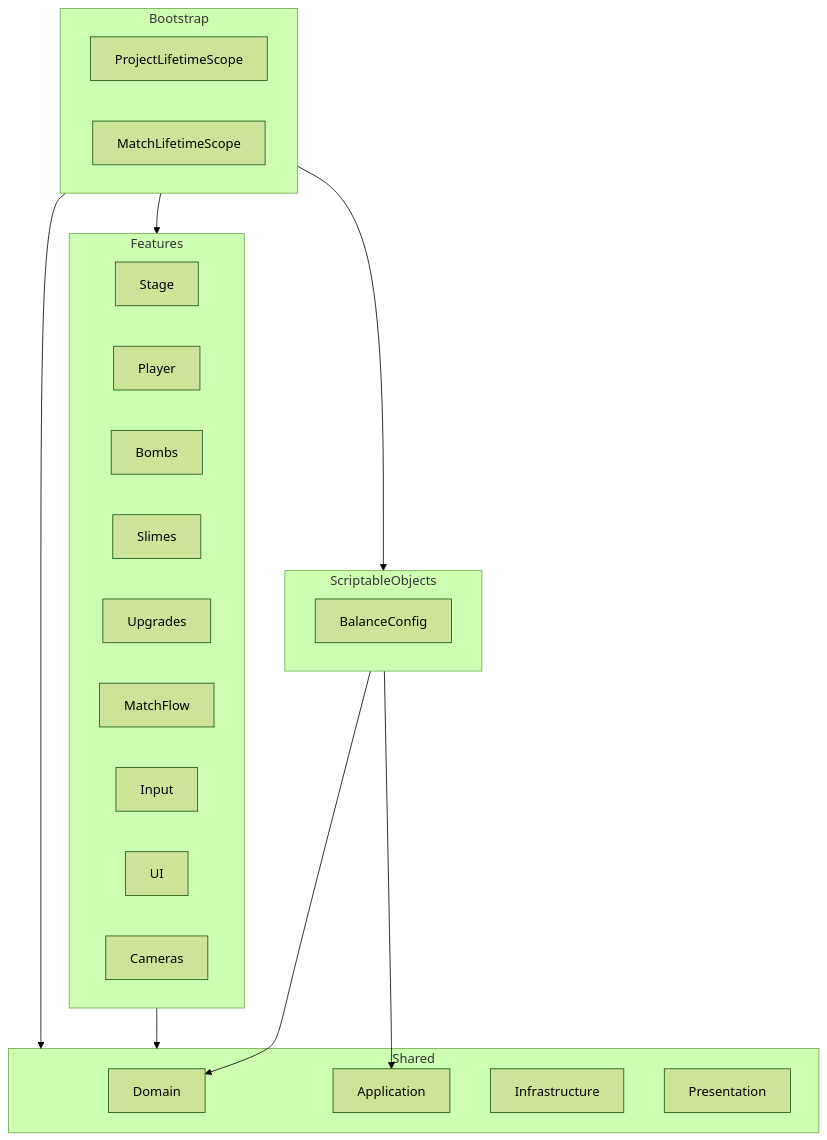
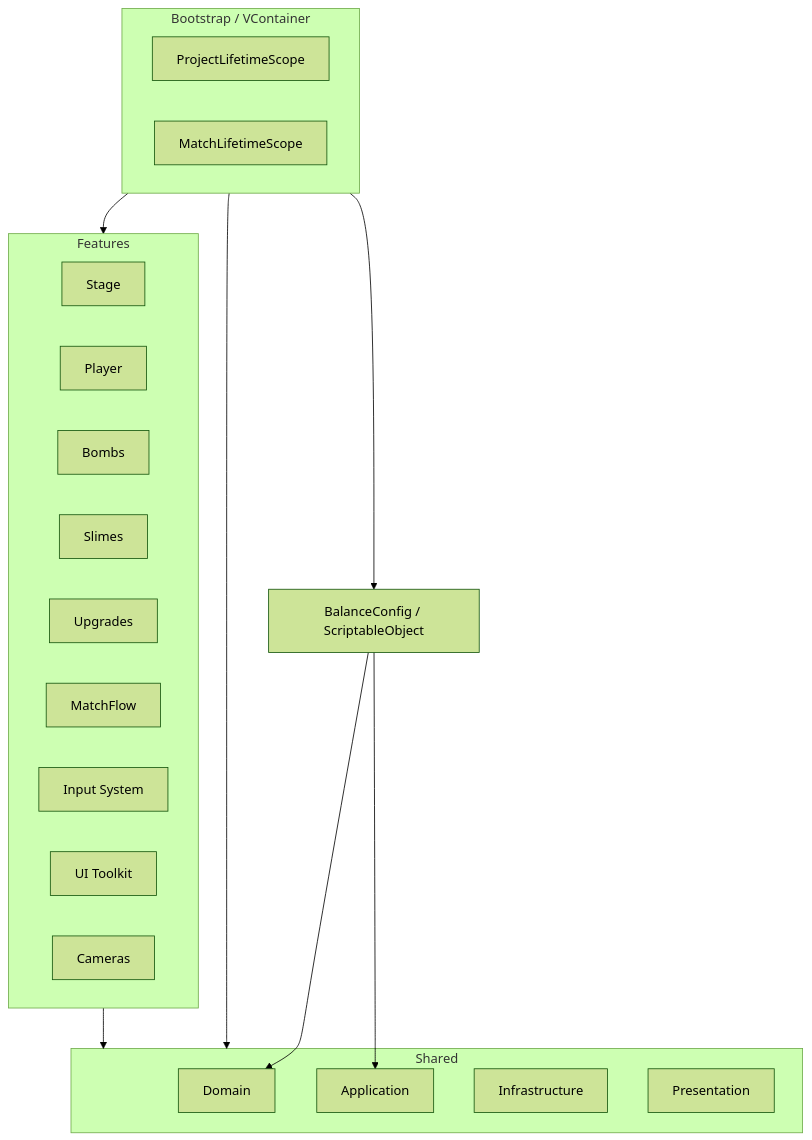
Before and after one commit to OUCC/2026-spring-hackathon-teamA: the first of 10 diagrams in docs/architecture.md, drawn with Mermaid (forest theme). The commit also changed other lines of this file, not shown here.

Commit message:
architecture.md のエラーなし図の情報量を復元
アセンブリ依存グラフ・レイヤー構造図・R3 データフロー図の
ノードラベルに詳細説明を復元。

````diff
--- a/docs/architecture.md
+++ b/docs/architecture.md
@@ -5,37 +5,35 @@
 ```mermaid
-graph TB
-    subgraph Bootstrap
+flowchart TB
+    subgraph BS["Bootstrap / VContainer"]
         PLS[ProjectLifetimeScope]
         MLS[MatchLifetimeScope]
     end
 
-    subgraph Shared
-        SD[Domain]
-        SA[Application]
-        SI[Infrastructure]
-        SP[Presentation]
+    subgraph SH["Shared"]
+        SH_D[Domain]
+        SH_A[Application]
+        SH_I[Infrastructure]
+        SH_P[Presentation]
     end
 
-    subgraph Features
-        Stage
-        Player
-        Bombs
-        Slimes
-        Upgrades
-        MatchFlow
-        Input
-        UI
-        Cameras
+    subgraph FT["Features"]
+        FT_ST[Stage]
+        FT_PL[Player]
+        FT_BM[Bombs]
+        FT_SL[Slimes]
+        FT_UP[Upgrades]
+        FT_MF[MatchFlow]
+        FT_IN["Input System"]
+        FT_UI["UI Toolkit"]
+        FT_CM[Cameras]
     end
 
-    subgraph ScriptableObjects
-        SO[BalanceConfig]
-    end
+    SOB["BalanceConfig / ScriptableObject"]
 
-    Bootstrap --> Features
-    Bootstrap --> Shared
-    Bootstrap --> ScriptableObjects
-    Features --> Shared
-    ScriptableObjects --> SA
-    ScriptableObjects --> SD
+    BS --> FT
+    BS --> SH
+    BS --> SOB
+    FT --> SH
+    SOB --> SH_A
+    SOB --> SH_D
 ```
````
